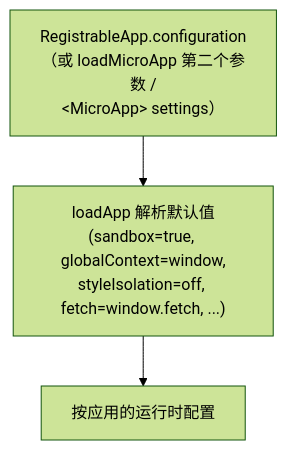
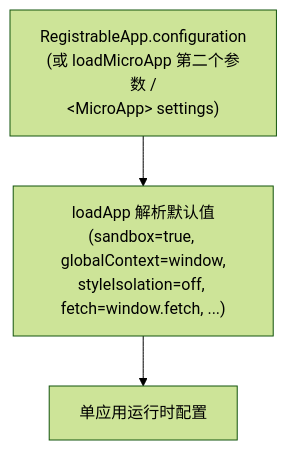
One commit to umijs/qiankun changed the diagram in docs/zh-CN/api/configuration.md. Above: the diagram before and after it, drawn with Mermaid (forest theme). The commit also changed other lines of this file and 63 other files, not shown here.

````diff
--- a/docs/zh-CN/api/configuration.md
+++ b/docs/zh-CN/api/configuration.md
@@ -158,5 +158,5 @@
 ```mermaid
 flowchart TD
-  A["RegistrableApp.configuration<br/>（或 loadMicroApp 第二个参数 /<br/>&lt;MicroApp&gt; settings）"] --> B["loadApp 解析默认值<br/>(sandbox=true, globalContext=window,<br/>styleIsolation=off, fetch=window.fetch, ...)"]
-  B --> C["按应用的运行时配置"]
+  A["RegistrableApp.configuration<br/>(或 loadMicroApp 第二个参数 /<br/>&lt;MicroApp&gt; settings)"] --> B["loadApp 解析默认值<br/>(sandbox=true, globalContext=window,<br/>styleIsolation=off, fetch=window.fetch, ...)"]
+  B --> C["单应用运行时配置"]
 ```
````
